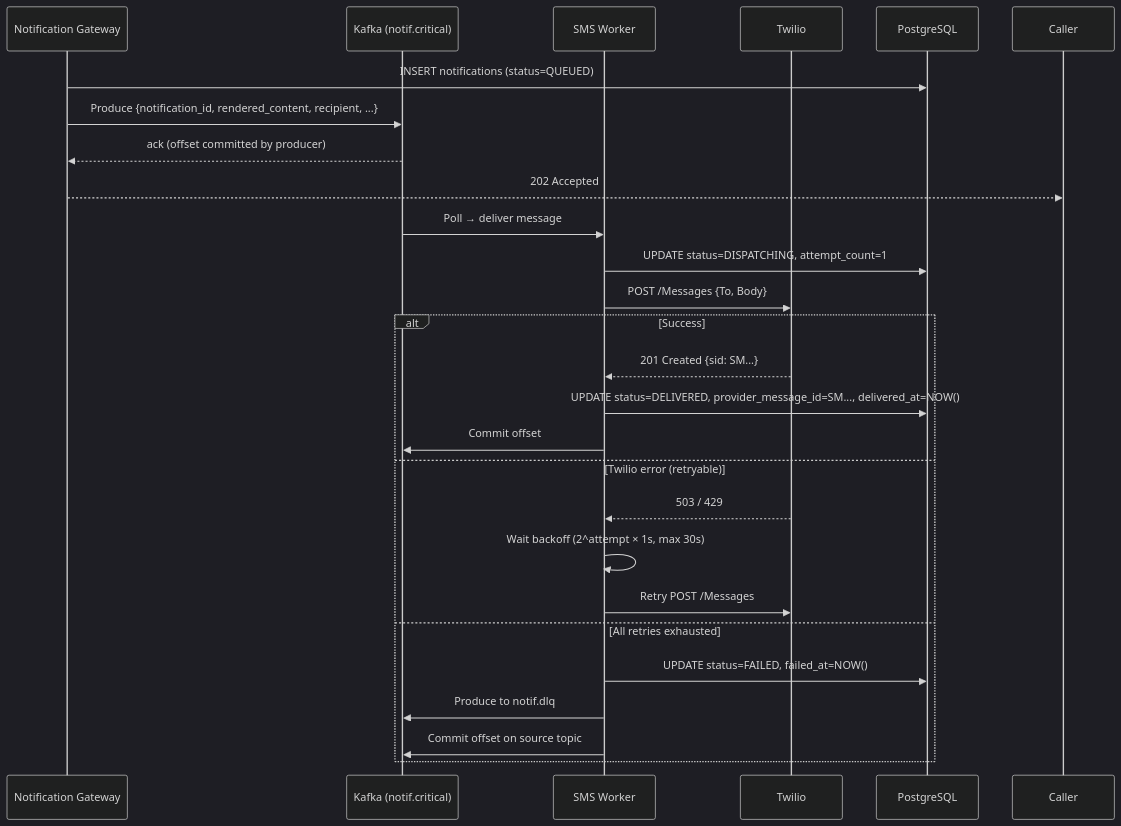
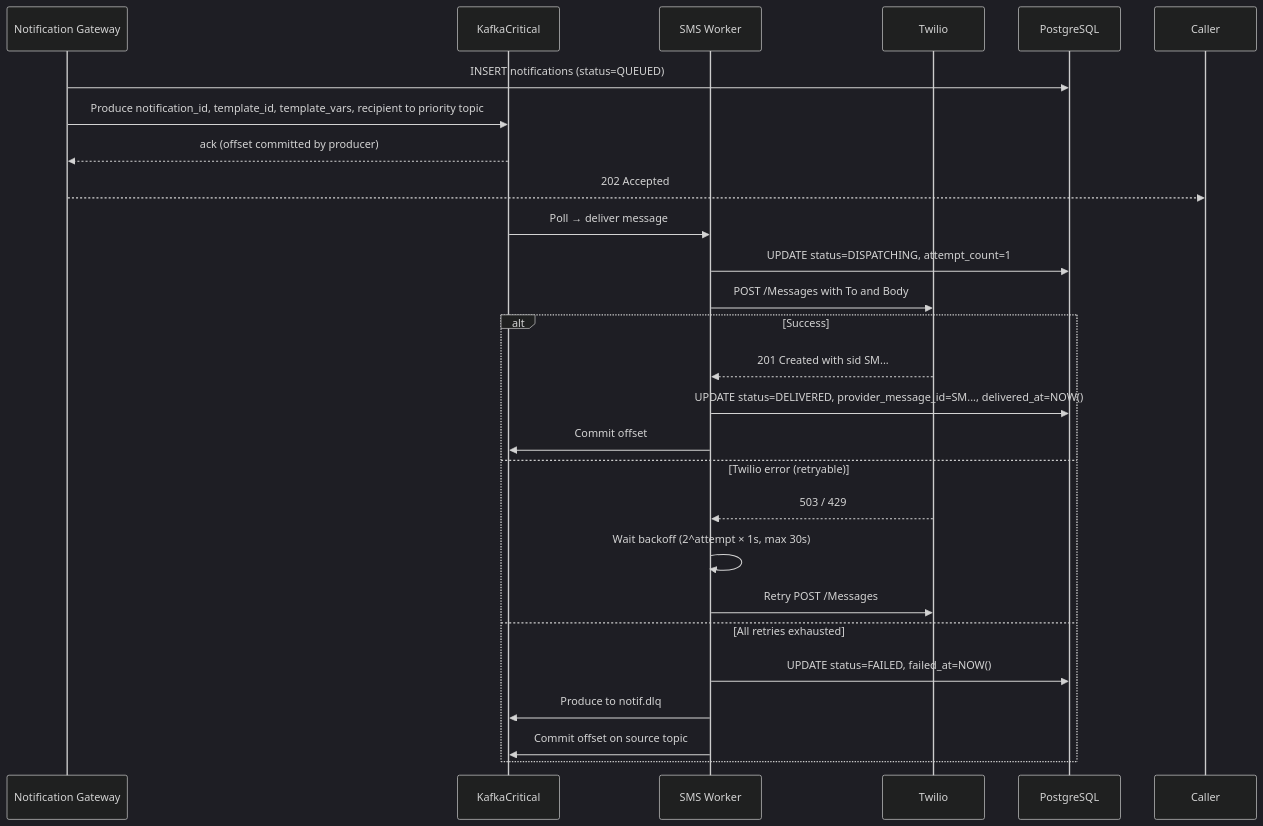
The fifth of 5 diagrams in notification-service/design/priority-queuing.md (bindian0509/system-design), drawn with Mermaid (dark theme) before and after one commit. The commit also changed 9 other files, not shown here.

Commit message:
fixing mermaid

````diff
--- a/notification-service/design/priority-queuing.md
+++ b/notification-service/design/priority-queuing.md
@@ -180,31 +180,31 @@
 ```mermaid
 sequenceDiagram
     participant GW as Notification Gateway
-    participant Kafka as Kafka (notif.critical)
+    participant Kafka as KafkaCritical
     participant Worker as SMS Worker
     participant Twilio as Twilio
     participant PG as PostgreSQL
 
     GW->>PG: INSERT notifications (status=QUEUED)
-    GW->>Kafka: Produce {notification_id, rendered_content, recipient, ...}
+    GW->>Kafka: Produce notification_id, template_id, template_vars, recipient to priority topic
     Kafka-->>GW: ack (offset committed by producer)
     GW-->>Caller: 202 Accepted
 
     Kafka->>Worker: Poll → deliver message
     Worker->>PG: UPDATE status=DISPATCHING, attempt_count=1
-    Worker->>Twilio: POST /Messages {To, Body}
+    Worker->>Twilio: POST /Messages with To and Body
 
     alt Success
-        Twilio-->>Worker: 201 Created {sid: SM...}
+        Twilio-->>Worker: 201 Created with sid SM...
         Worker->>PG: UPDATE status=DELIVERED, provider_message_id=SM..., delivered_at=NOW()
         Worker->>Kafka: Commit offset
     else Twilio error (retryable)
         Twilio-->>Worker: 503 / 429
         Worker->>Worker: Wait backoff (2^attempt × 1s, max 30s)
         Worker->>Twilio: Retry POST /Messages
     else All retries exhausted
         Worker->>PG: UPDATE status=FAILED, failed_at=NOW()
         Worker->>Kafka: Produce to notif.dlq
         Worker->>Kafka: Commit offset on source topic
     end
 ```
````
